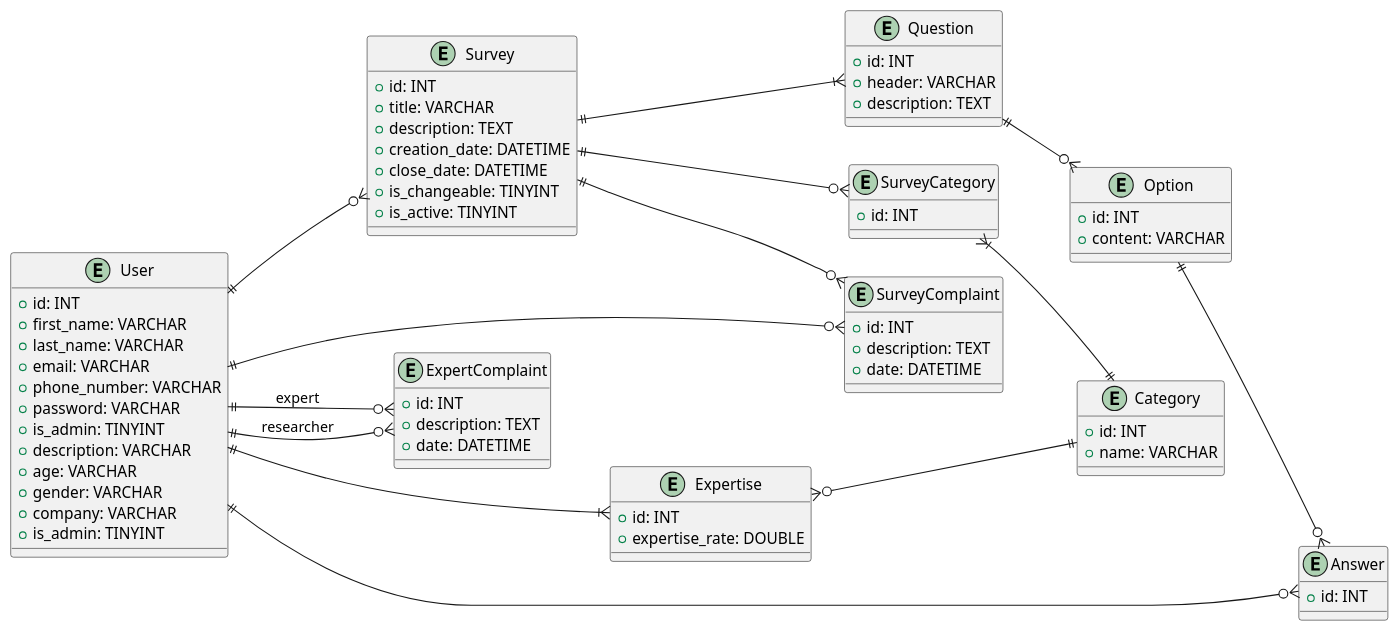
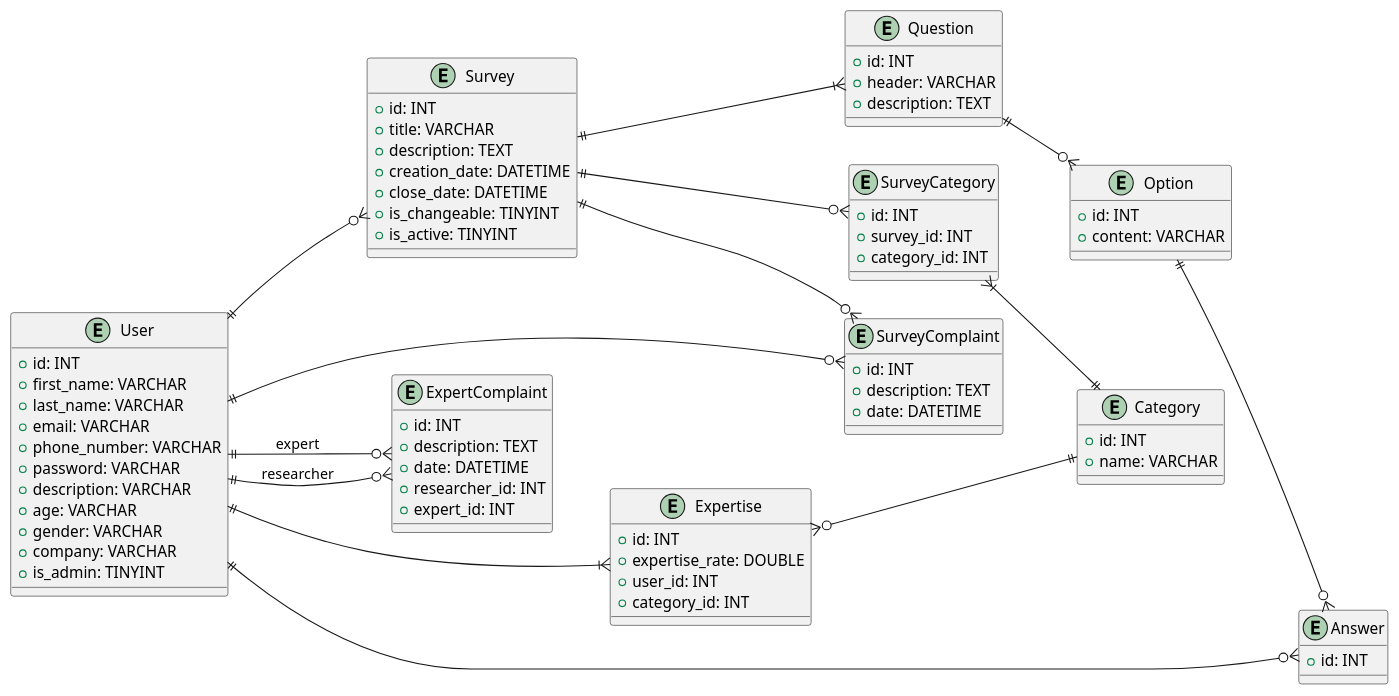
The second of 2 diagrams in docs/design.md (generalmaks/db_labs), drawn with PlantUML before and after one commit.

Commit message:
some fixes

```diff
--- a/docs/design.md
+++ b/docs/design.md
@@ -150,7 +150,6 @@
     + email: VARCHAR
     + phone_number: VARCHAR
     + password: VARCHAR 
-    + is_admin: TINYINT
     + description: VARCHAR
     + age: VARCHAR
     + gender: VARCHAR
@@ -191,18 +190,24 @@
   
     entity "SurveyCategory"{
     + id: INT
+    + survey_id: INT
+    + category_id: INT
     }
   
     entity "ExpertComplaint" {
     + id: INT
     + description: TEXT
     + date: DATETIME
+    + researcher_id: INT
+    + expert_id: INT   
   }
   
   
    entity "Expertise" {
     + id: INT 
     + expertise_rate: DOUBLE
+    + user_id: INT
+    + category_id: INT
   }
   
   
```
